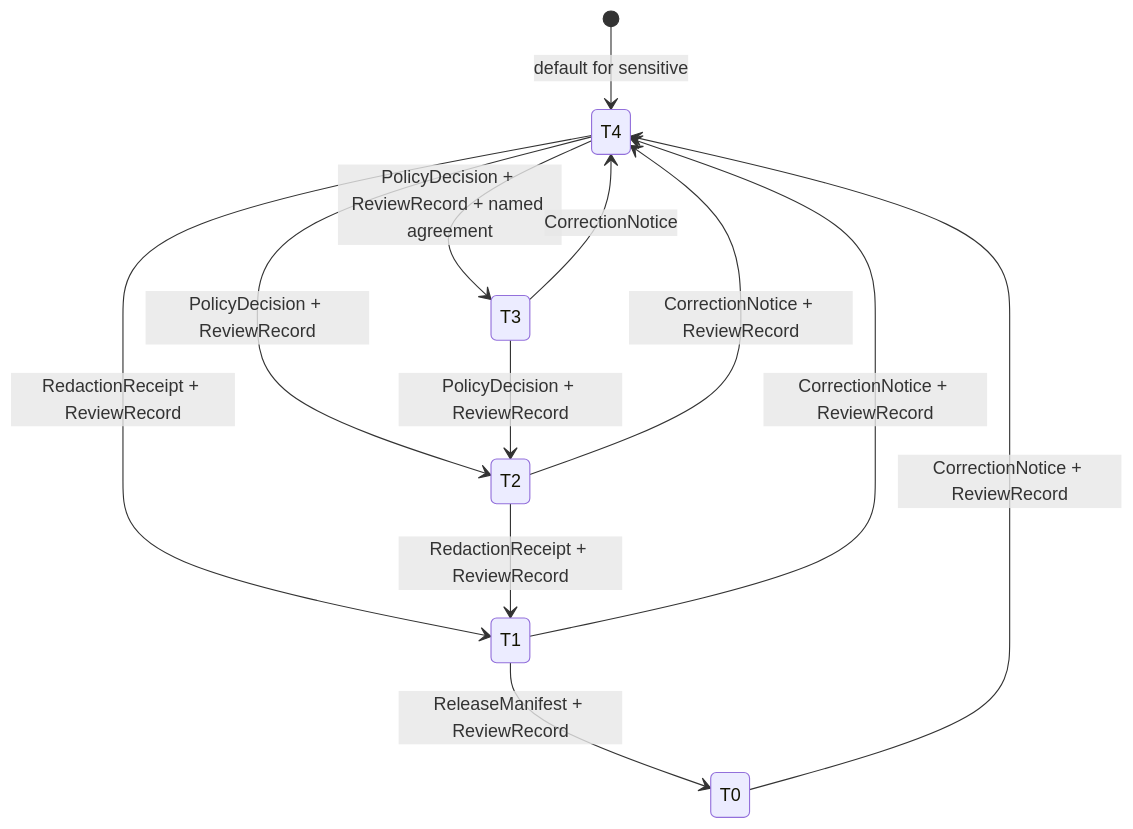
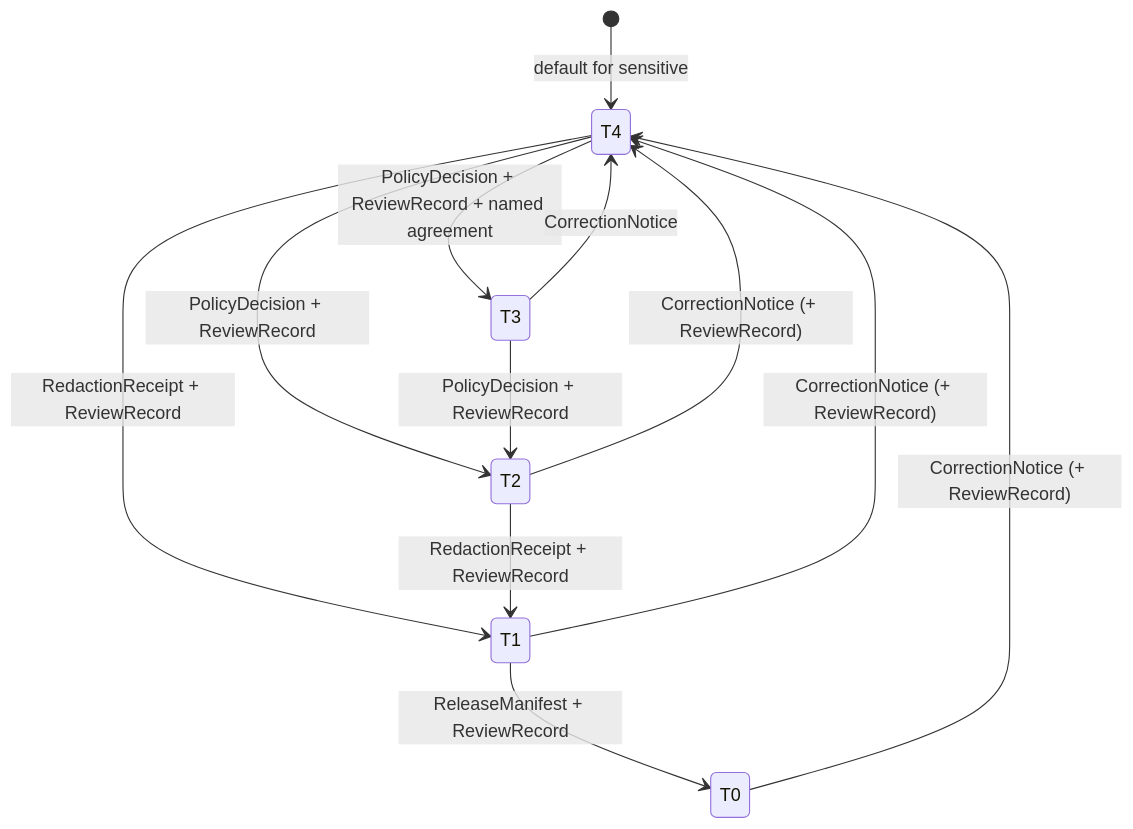
The third of 3 diagrams in docs/domains/fauna/DATA_LIFECYCLE.md (bartytime4life/Kansas-Frontier-Matrix), drawn with Mermaid before and after one commit. The commit also changed other lines of this file, not shown here.

````diff
--- a/docs/domains/fauna/DATA_LIFECYCLE.md
+++ b/docs/domains/fauna/DATA_LIFECYCLE.md
@@ -354,14 +376,14 @@
 ```mermaid
 stateDiagram-v2
     [*] --> T4: default for sensitive
     T4 --> T3: PolicyDecision + ReviewRecord + named agreement
     T4 --> T2: PolicyDecision + ReviewRecord
     T4 --> T1: RedactionReceipt + ReviewRecord
     T3 --> T2: PolicyDecision + ReviewRecord
     T2 --> T1: RedactionReceipt + ReviewRecord
     T1 --> T0: ReleaseManifest + ReviewRecord
-    T0 --> T4: CorrectionNotice + ReviewRecord
-    T1 --> T4: CorrectionNotice + ReviewRecord
-    T2 --> T4: CorrectionNotice + ReviewRecord
+    T0 --> T4: CorrectionNotice (+ ReviewRecord)
+    T1 --> T4: CorrectionNotice (+ ReviewRecord)
+    T2 --> T4: CorrectionNotice (+ ReviewRecord)
     T3 --> T4: CorrectionNotice
 ```
````
